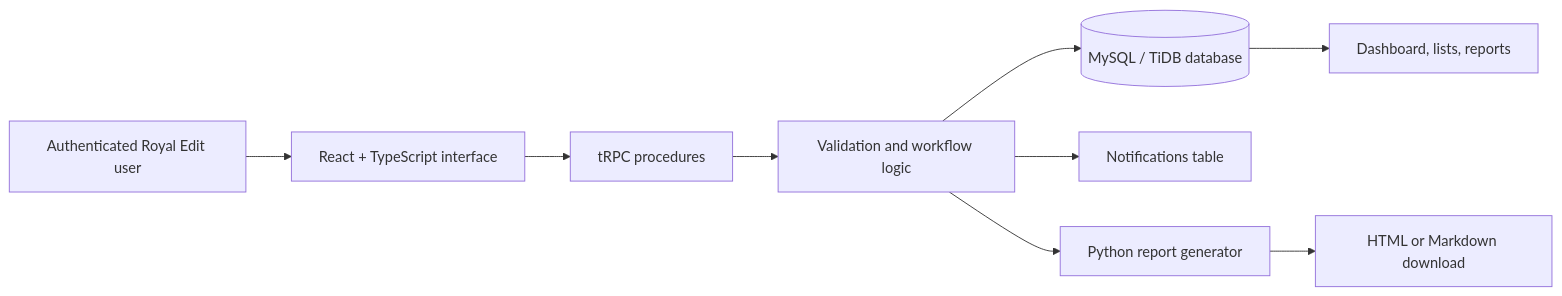
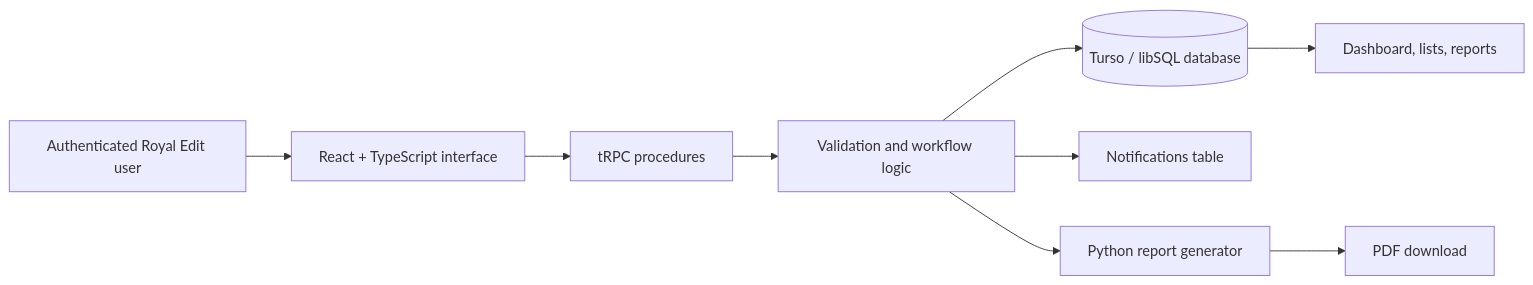
Before and after one commit to Death-Raider13/royal-edit-management-system: the diagram in docs/technical-documentation.md, drawn with Mermaid. The commit also changed other lines of this file and 16 other files, not shown here.

Commit message:
Checkpoint: Royal Edit Operations Hub migrated to user-owned Turso/libSQL persistence, server-side ReportLab PDF reporting, Nodemailer assignment/reassignment emails, updated tests and documentation, and deployment runtime support.

````diff
--- a/docs/technical-documentation.md
+++ b/docs/technical-documentation.md
@@ -43,11 +44,11 @@
 ```mermaid
 flowchart LR
   User[Authenticated Royal Edit user] --> UI[React + TypeScript interface]
   UI --> RPC[tRPC procedures]
   RPC --> Rules[Validation and workflow logic]
-  Rules --> DB[(MySQL / TiDB database)]
+  Rules --> DB[(Turso / libSQL database)]
   Rules --> Notice[Notifications table]
   Rules --> Python[Python report generator]
-  Python --> Download[HTML or Markdown download]
+  Python --> Download[PDF download]
   DB --> Dashboard[Dashboard, lists, reports]
 ```
````
